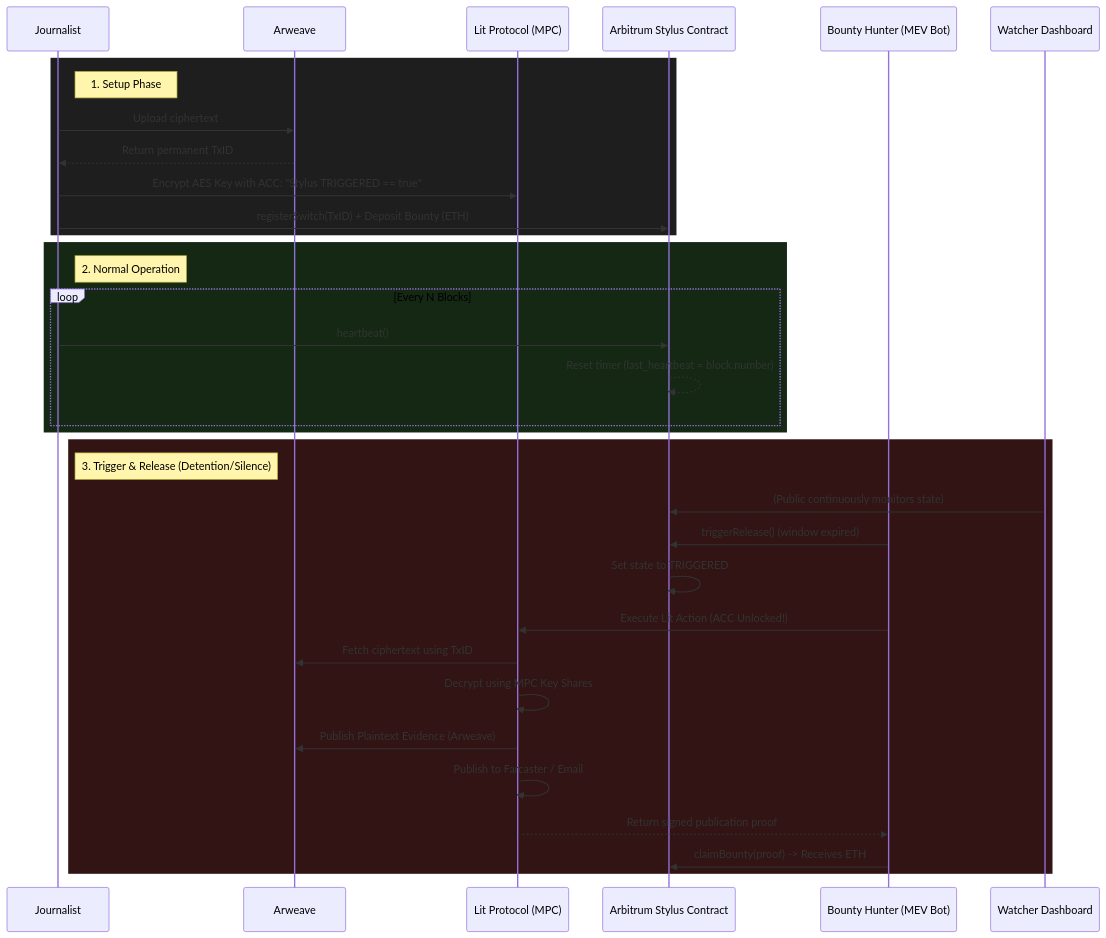
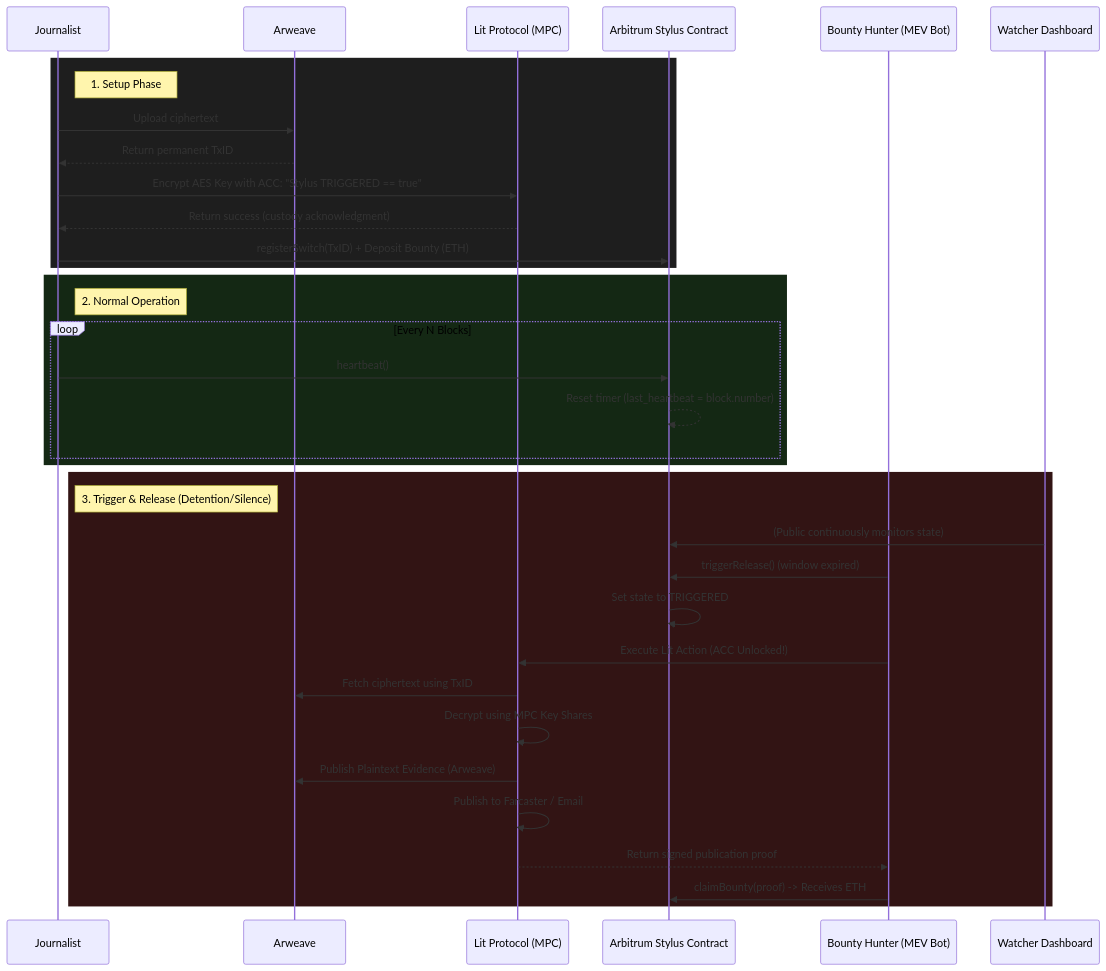
The diagram in README.md (Amrit-mishra07/Vault_bomb), drawn with Mermaid before and after one commit. The commit also changed 7 other files, not shown here.

````diff
--- a/README.md
+++ b/README.md
@@ -30,42 +30,43 @@
 ```mermaid
 sequenceDiagram
     participant J as Journalist
     participant A as Arweave
     participant Lit as Lit Protocol (MPC)
     participant S as Arbitrum Stylus Contract
     participant B as Bounty Hunter (MEV Bot)
     participant W as Watcher Dashboard
     
     %% Setup Phase
     rect rgb(30, 30, 30)
     note right of J: 1. Setup Phase
     J->>A: Upload ciphertext
     A-->>J: Return permanent TxID
     J->>Lit: Encrypt AES Key with ACC: "Stylus TRIGGERED == true"
+    Lit-->>J: Return success (custody acknowledgment)
     J->>S: registerSwitch(TxID) + Deposit Bounty (ETH)
     end
     
     %% Normal Operation
     rect rgb(20, 40, 20)
     note right of J: 2. Normal Operation
     loop Every N Blocks
         J->>S: heartbeat()
         S-->>S: Reset timer (last_heartbeat = block.number)
     end
     end
     
     %% Trigger Phase
     rect rgb(50, 20, 20)
     note right of J: 3. Trigger & Release (Detention/Silence)
     W->>S: (Public continuously monitors state)
     B->>S: triggerRelease() (window expired)
     S->>S: Set state to TRIGGERED
     B->>Lit: Execute Lit Action (ACC Unlocked!)
     Lit->>A: Fetch ciphertext using TxID
     Lit->>Lit: Decrypt using MPC Key Shares
     Lit->>A: Publish Plaintext Evidence (Arweave)
     Lit->>Lit: Publish to Farcaster / Email
     Lit-->>B: Return signed publication proof
     B->>S: claimBounty(proof) -> Receives ETH
     end
 ```
````
